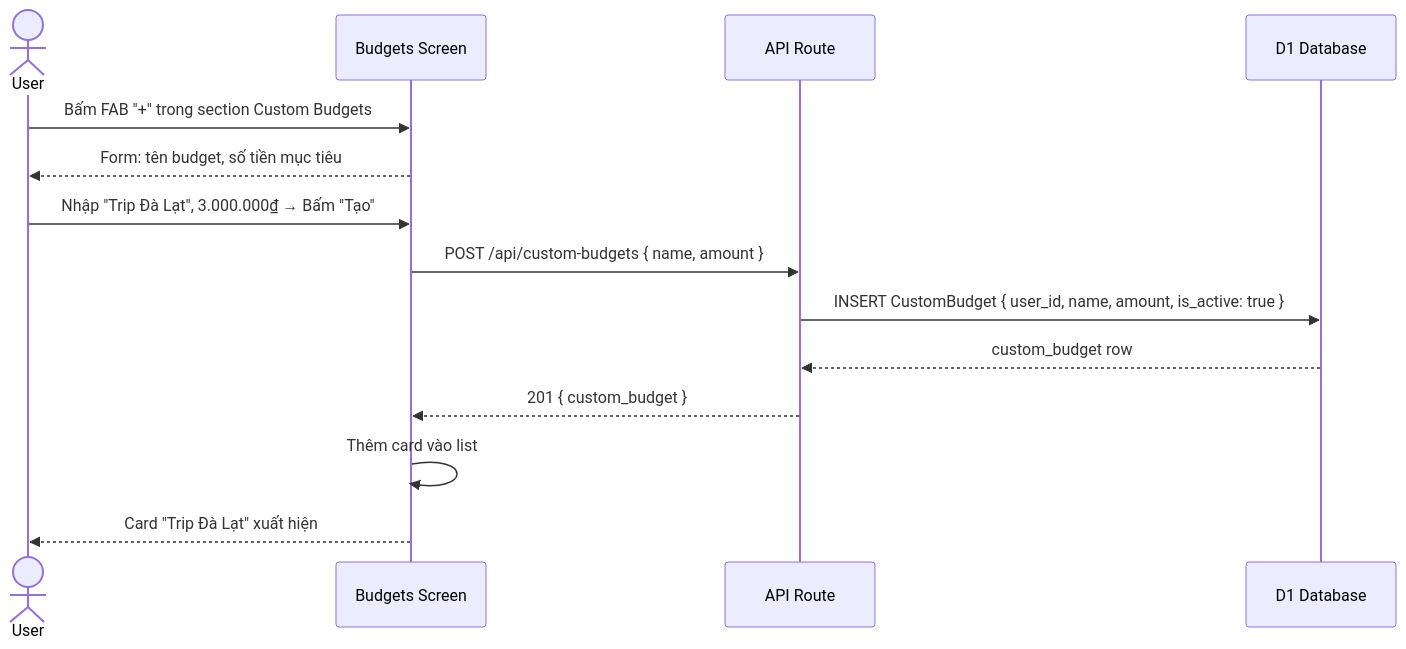
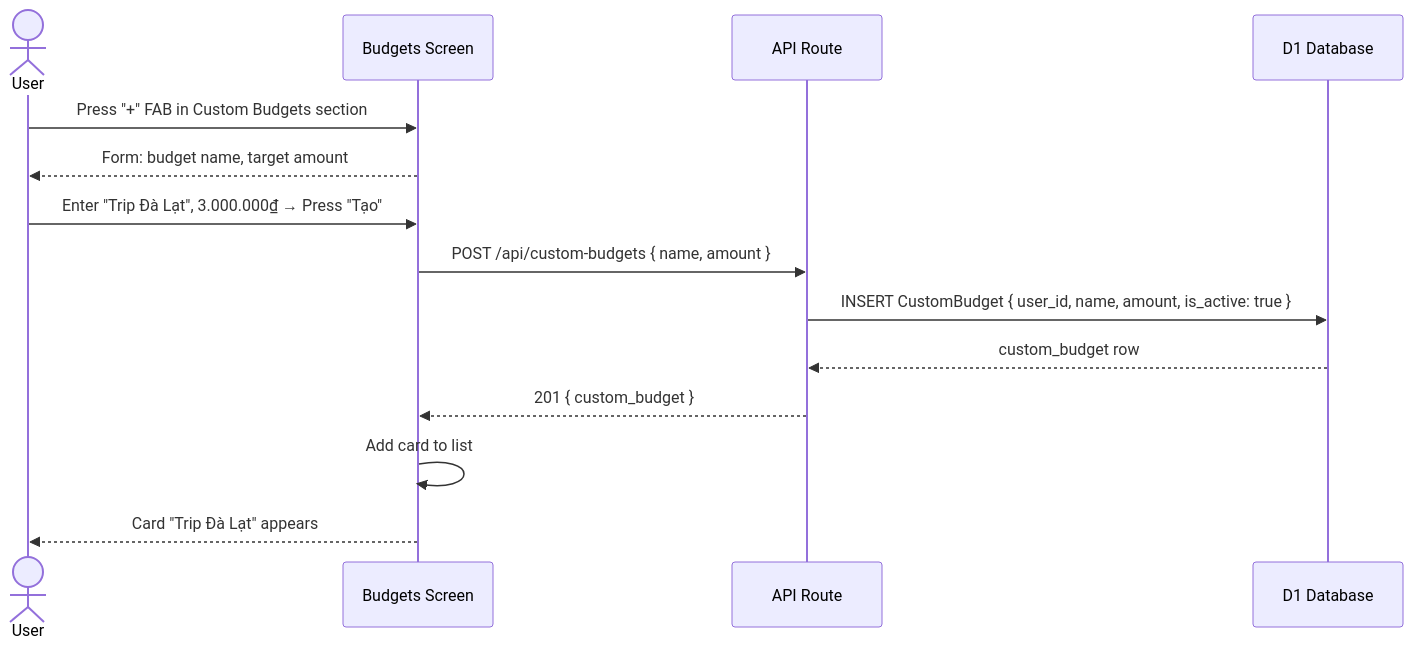
The sixth of 10 diagrams in docs/FLOWS.md (niits/personal-finance), drawn with Mermaid before and after one commit. The commit also changed other lines of this file and 3 other files, not shown here.

````diff
--- a/docs/FLOWS.md
+++ b/docs/FLOWS.md
@@ -175,18 +175,18 @@
 ```mermaid
 sequenceDiagram
     actor User
     participant Budgets as Budgets Screen
     participant API as API Route
     participant DB as D1 Database
 
-    User->>Budgets: Bấm FAB "+" trong section Custom Budgets
-    Budgets-->>User: Form: tên budget, số tiền mục tiêu
+    User->>Budgets: Press "+" FAB in Custom Budgets section
+    Budgets-->>User: Form: budget name, target amount
 
-    User->>Budgets: Nhập "Trip Đà Lạt", 3.000.000₫ → Bấm "Tạo"
+    User->>Budgets: Enter "Trip Đà Lạt", 3.000.000₫ → Press "Tạo"
     Budgets->>API: POST /api/custom-budgets { name, amount }
     API->>DB: INSERT CustomBudget { user_id, name, amount, is_active: true }
     DB-->>API: custom_budget row
     API-->>Budgets: 201 { custom_budget }
-    Budgets->>Budgets: Thêm card vào list
-    Budgets-->>User: Card "Trip Đà Lạt" xuất hiện
+    Budgets->>Budgets: Add card to list
+    Budgets-->>User: Card "Trip Đà Lạt" appears
 ```
````
